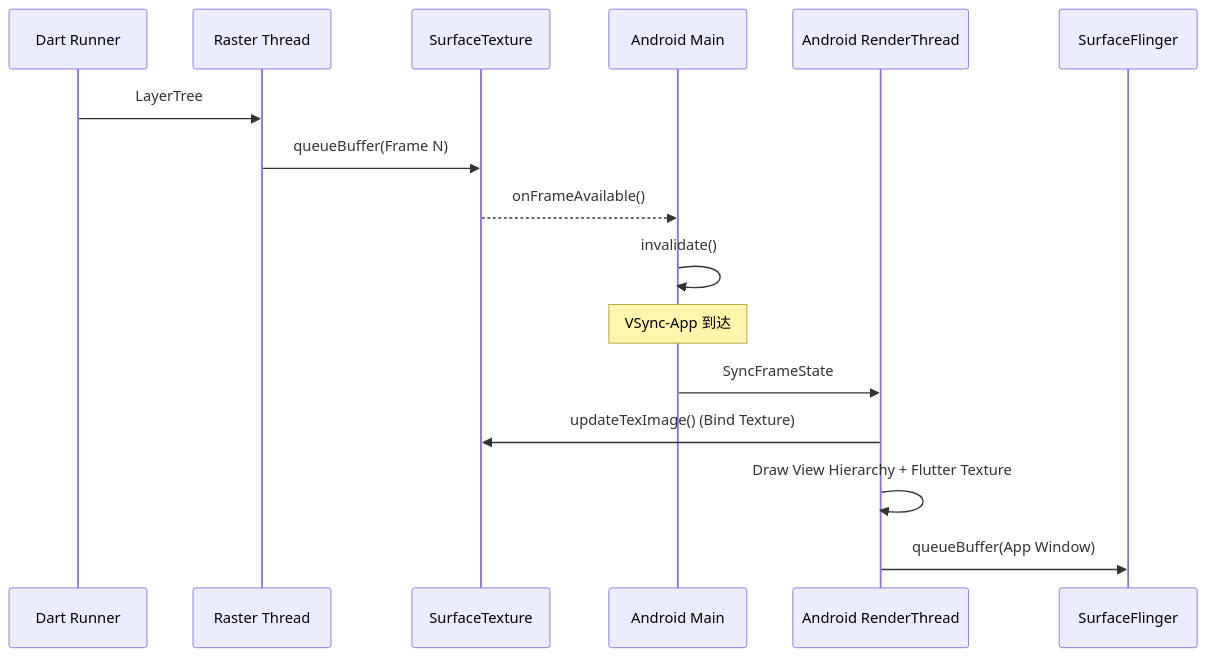
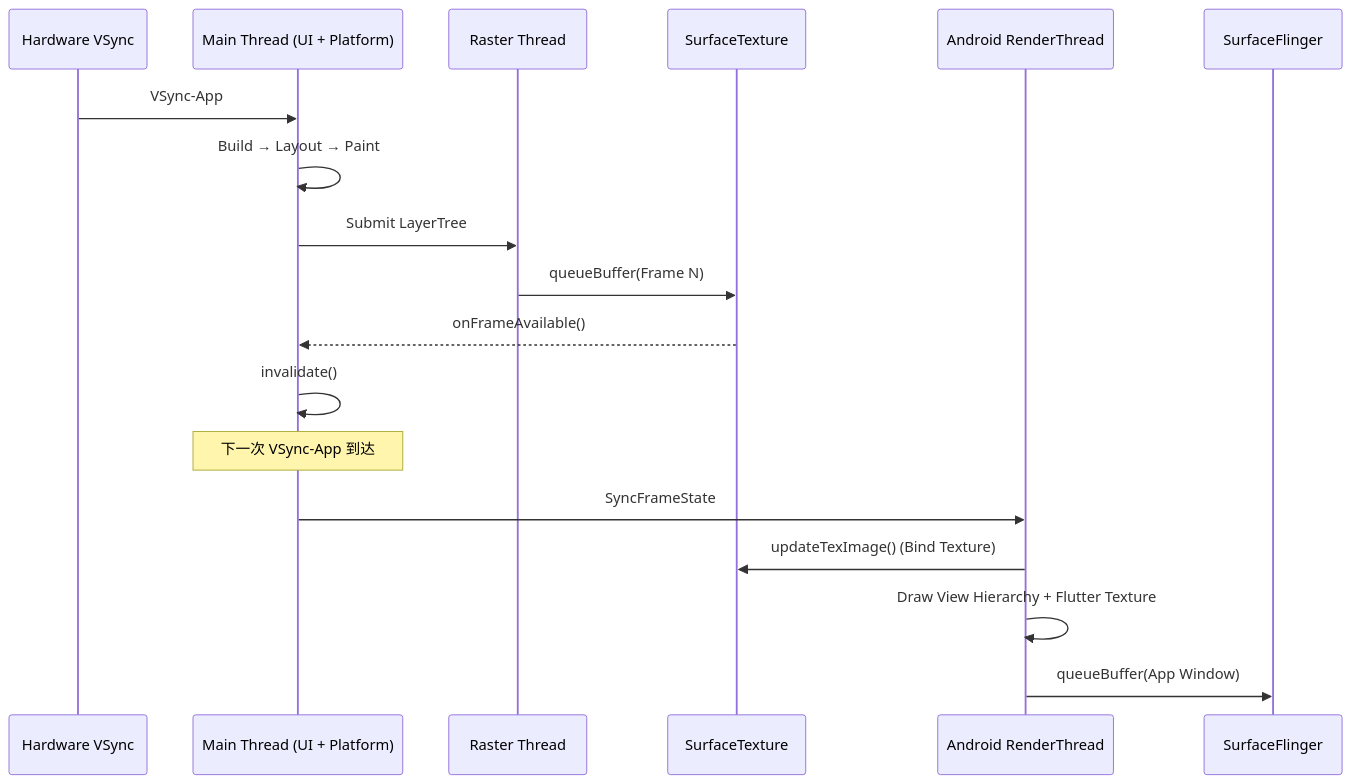
The third of 3 diagrams in src/part2-performance/ch18-rendering-pipelines/12-flutter-rendering.md (Gracker/android-internals-wiki), drawn with Mermaid before and after one commit. The commit also changed other lines of this file and 5 other files, not shown here.

````diff
--- a/src/part2-performance/ch18-rendering-pipelines/12-flutter-rendering.md
+++ b/src/part2-performance/ch18-rendering-pipelines/12-flutter-rendering.md
@@ -166,20 +166,22 @@
 ```mermaid
 sequenceDiagram
-    participant Dart as Dart Runner
+    participant HW as Hardware VSync
+    participant Main as Main Thread (UI + Platform)
     participant Raster as Raster Thread
     participant ST as SurfaceTexture
-    participant Main as Android Main
     participant RT as Android RenderThread
     participant SF as SurfaceFlinger
 
-    Dart->>Raster: LayerTree
+    HW->>Main: VSync-App
+    Main->>Main: Build → Layout → Paint
+    Main->>Raster: Submit LayerTree
     Raster->>ST: queueBuffer(Frame N)
     ST-->>Main: onFrameAvailable()
     Main->>Main: invalidate()
     
-    Note over Main: VSync-App 到达
+    Note over Main: 下一次 VSync-App 到达
     Main->>RT: SyncFrameState
     RT->>ST: updateTexImage() (Bind Texture)
     RT->>RT: Draw View Hierarchy + Flutter Texture
     RT->>SF: queueBuffer(App Window)
 ```
````
